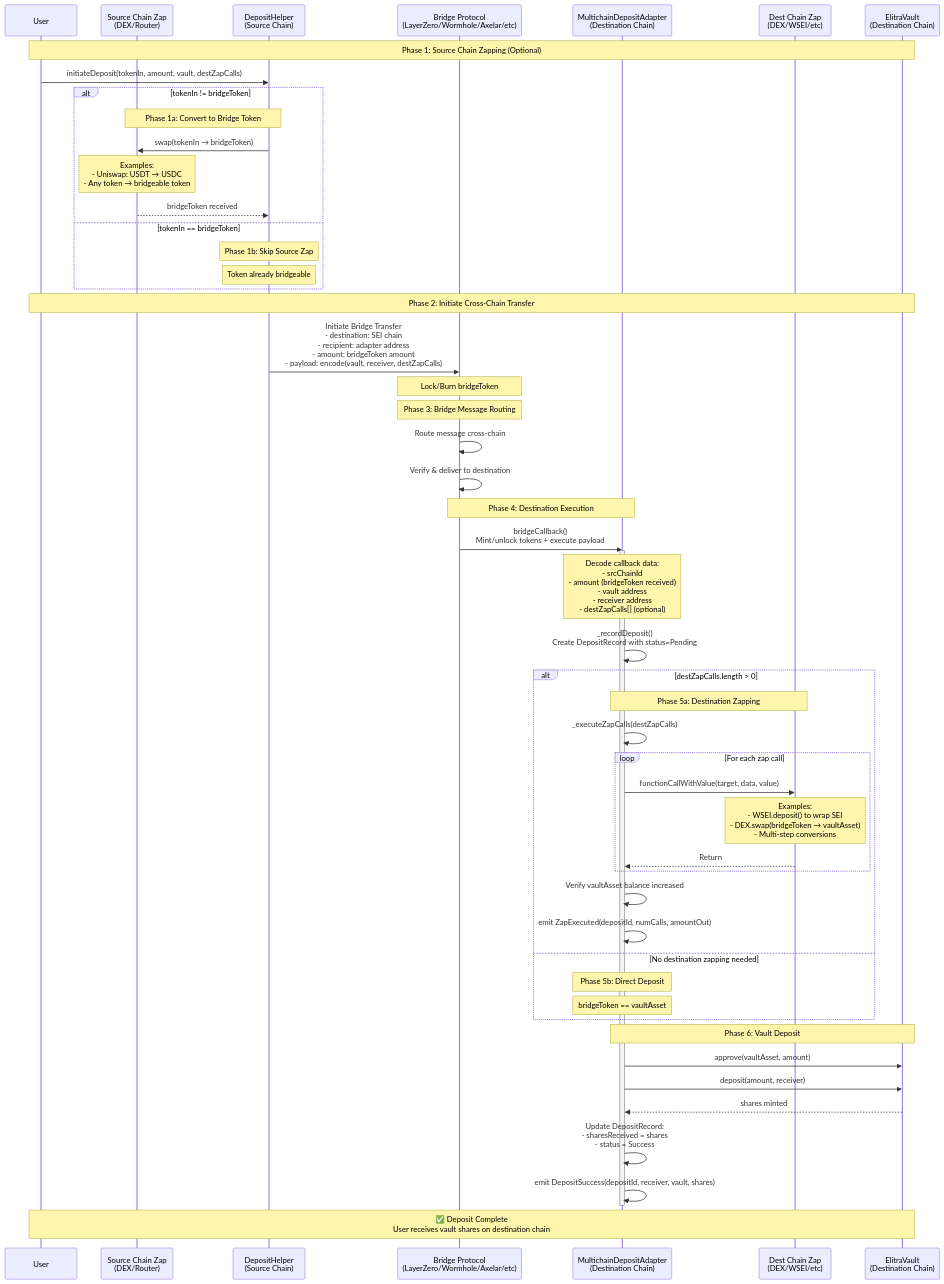
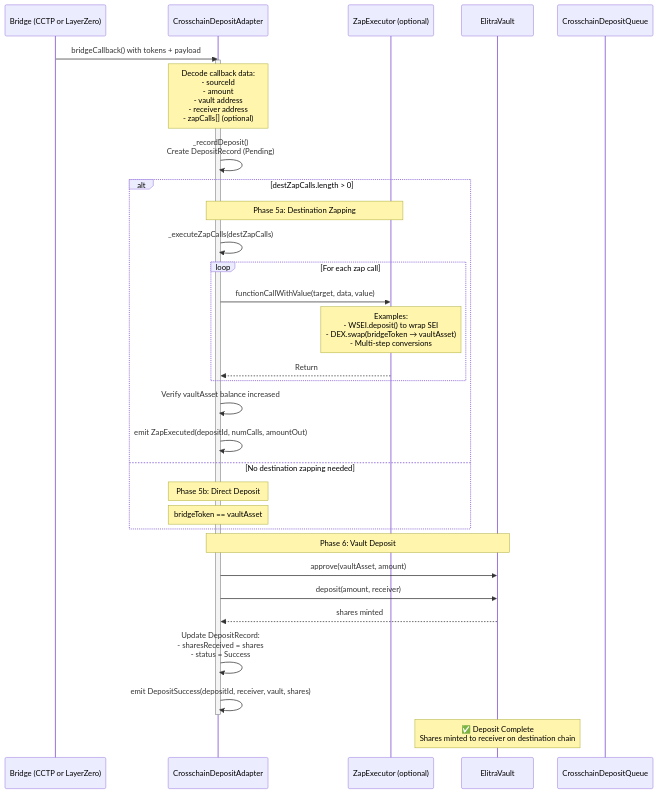
Before and after one commit to elitraOS/elitra-core: the second of 2 diagrams in specs/crosschain.md, drawn with Mermaid. The commit also changed other lines of this file and 28 other files, not shown here.

Commit message:
refactor: seperate crosschain adapters and zap adapters

````diff
--- a/specs/crosschain.md
+++ b/specs/crosschain.md
@@ -68,69 +55,44 @@
 ```mermaid
 sequenceDiagram
-    participant User
-    participant SourceZap as Source Chain Zap<br/>(DEX/Router)
-    participant SourceHelper as DepositHelper<br/>(Source Chain)
-    participant Bridge as Bridge Protocol<br/>(LayerZero/Wormhole/Axelar/etc)
-    participant Adapter as MultichainDepositAdapter<br/>(Destination Chain)
-    participant DestZap as Dest Chain Zap<br/>(DEX/WSEI/etc)
-    participant Vault as ElitraVault<br/>(Destination Chain)
+    participant Bridge as Bridge (CCTP or LayerZero)
+    participant Adapter as CrosschainDepositAdapter
+    participant DestZap as ZapExecutor (optional)
+    participant Vault as ElitraVault
+    participant Queue as CrosschainDepositQueue
 
-    Note over User,Vault: Phase 1: Source Chain Zapping (Optional)
-    User->>SourceHelper: initiateDeposit(tokenIn, amount, vault, destZapCalls)
-
-    alt tokenIn != bridgeToken
-        Note over SourceHelper,SourceZap: Phase 1a: Convert to Bridge Token
-        SourceHelper->>SourceZap: swap(tokenIn → bridgeToken)
-        Note over SourceZap: Examples:<br/>- Uniswap: USDT → USDC<br/>- Any token → bridgeable token
-        SourceZap-->>SourceHelper: bridgeToken received
-    else tokenIn == bridgeToken
-        Note over SourceHelper: Phase 1b: Skip Source Zap
-        Note over SourceHelper: Token already bridgeable
-    end
-
-    Note over User,Vault: Phase 2: Initiate Cross-Chain Transfer
-    SourceHelper->>Bridge: Initiate Bridge Transfer<br/>- destination: SEI chain<br/>- recipient: adapter address<br/>- amount: bridgeToken amount<br/>- payload: encode(vault, receiver, destZapCalls)
-
-    Note over Bridge: Lock/Burn bridgeToken
-
-    Note over Bridge: Phase 3: Bridge Message Routing
-    Bridge->>Bridge: Route message cross-chain
-    Bridge->>Bridge: Verify & deliver to destination
-
-    Note over Bridge,Adapter: Phase 4: Destination Execution
-    Bridge->>Adapter: bridgeCallback()<br/>Mint/unlock tokens + execute payload
+    Bridge->>Adapter: bridgeCallback() with tokens + payload
 
     activate Adapter
-    Note over Adapter: Decode callback data:<br/>- srcChainId<br/>- amount (bridgeToken received)<br/>- vault address<br/>- receiver address<br/>- destZapCalls[] (optional)
+    Note over Adapter: Decode callback data:<br/>- sourceId<br/>- amount<br/>- vault address<br/>- receiver address<br/>- zapCalls[] (optional)
 
-    Adapter->>Adapter: _recordDeposit()<br/>Create DepositRecord with status=Pending
+    Adapter->>Adapter: _recordDeposit()<br/>Create DepositRecord (Pending)
 
     alt destZapCalls.length > 0
         Note over Adapter,DestZap: Phase 5a: Destination Zapping
         Adapter->>Adapter: _executeZapCalls(destZapCalls)
 
         loop For each zap call
             Adapter->>DestZap: functionCallWithValue(target, data, value)
             Note over DestZap: Examples:<br/>- WSEI.deposit() to wrap SEI<br/>- DEX.swap(bridgeToken → vaultAsset)<br/>- Multi-step conversions
             DestZap-->>Adapter: Return
         end
 
         Adapter->>Adapter: Verify vaultAsset balance increased
         Adapter->>Adapter: emit ZapExecuted(depositId, numCalls, amountOut)
     else No destination zapping needed
         Note over Adapter: Phase 5b: Direct Deposit
         Note over Adapter: bridgeToken == vaultAsset
     end
 
     Note over Adapter,Vault: Phase 6: Vault Deposit
     Adapter->>Vault: approve(vaultAsset, amount)
     Adapter->>Vault: deposit(amount, receiver)
     Vault-->>Adapter: shares minted
 
     Adapter->>Adapter: Update DepositRecord:<br/>- sharesReceived = shares<br/>- status = Success
     Adapter->>Adapter: emit DepositSuccess(depositId, receiver, vault, shares)
 
     deactivate Adapter
 
-    Note over User,Vault: ✅ Deposit Complete<br/>User receives vault shares on destination chain
+    Note over Vault: ✅ Deposit Complete<br/>Shares minted to receiver on destination chain
 ```
````
